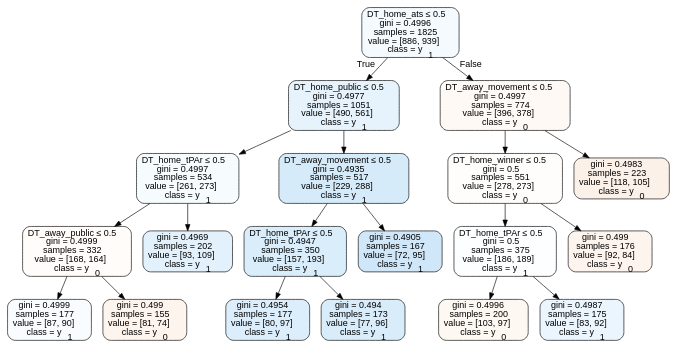
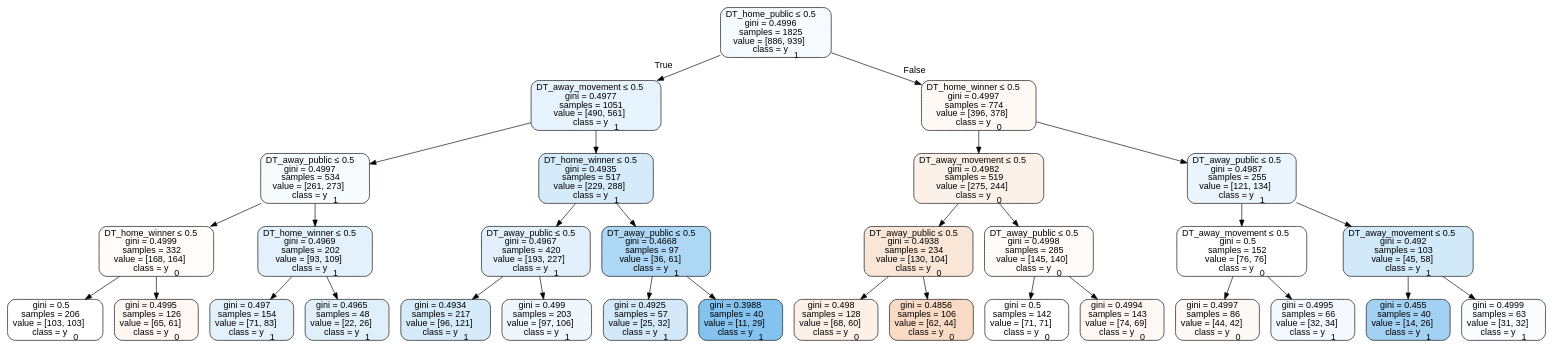
One commit to usbogie/ncaa-bets changed the diagram in tree_data/tree2015neutral.dot. Above: the diagram before and after it, drawn with Graphviz. The commit also changed 26 other files, not shown here.

```diff
--- a/tree_data/tree2015neutral.dot
+++ b/tree_data/tree2015neutral.dot
@@ -1,41 +1,65 @@
 digraph Tree {
 node [shape=box, style="filled, rounded", color="black", fontname=helvetica] ;
 edge [fontname=helvetica] ;
-0 [label=<DT_home_ats &le; 0.5<br/>gini = 0.4996<br/>samples = 1825<br/>value = [886, 939]<br/>class = y<SUB>1</SUB>>, fillcolor="#399de50e"] ;
-1 [label=<DT_home_public &le; 0.5<br/>gini = 0.4977<br/>samples = 1051<br/>value = [490, 561]<br/>class = y<SUB>1</SUB>>, fillcolor="#399de520"] ;
+0 [label=<DT_home_public &le; 0.5<br/>gini = 0.4996<br/>samples = 1825<br/>value = [886, 939]<br/>class = y<SUB>1</SUB>>, fillcolor="#399de50e"] ;
+1 [label=<DT_away_movement &le; 0.5<br/>gini = 0.4977<br/>samples = 1051<br/>value = [490, 561]<br/>class = y<SUB>1</SUB>>, fillcolor="#399de520"] ;
 0 -> 1 [labeldistance=2.5, labelangle=45, headlabel="True"] ;
-2 [label=<DT_home_tPAr &le; 0.5<br/>gini = 0.4997<br/>samples = 534<br/>value = [261, 273]<br/>class = y<SUB>1</SUB>>, fillcolor="#399de50b"] ;
+2 [label=<DT_away_public &le; 0.5<br/>gini = 0.4997<br/>samples = 534<br/>value = [261, 273]<br/>class = y<SUB>1</SUB>>, fillcolor="#399de50b"] ;
 1 -> 2 ;
-3 [label=<DT_away_public &le; 0.5<br/>gini = 0.4999<br/>samples = 332<br/>value = [168, 164]<br/>class = y<SUB>0</SUB>>, fillcolor="#e5813906"] ;
+3 [label=<DT_home_winner &le; 0.5<br/>gini = 0.4999<br/>samples = 332<br/>value = [168, 164]<br/>class = y<SUB>0</SUB>>, fillcolor="#e5813906"] ;
 2 -> 3 ;
-4 [label=<gini = 0.4999<br/>samples = 177<br/>value = [87, 90]<br/>class = y<SUB>1</SUB>>, fillcolor="#399de508"] ;
+4 [label=<gini = 0.5<br/>samples = 206<br/>value = [103, 103]<br/>class = y<SUB>0</SUB>>, fillcolor="#e5813900"] ;
 3 -> 4 ;
-5 [label=<gini = 0.499<br/>samples = 155<br/>value = [81, 74]<br/>class = y<SUB>0</SUB>>, fillcolor="#e5813916"] ;
+5 [label=<gini = 0.4995<br/>samples = 126<br/>value = [65, 61]<br/>class = y<SUB>0</SUB>>, fillcolor="#e5813910"] ;
 3 -> 5 ;
-6 [label=<gini = 0.4969<br/>samples = 202<br/>value = [93, 109]<br/>class = y<SUB>1</SUB>>, fillcolor="#399de525"] ;
+6 [label=<DT_home_winner &le; 0.5<br/>gini = 0.4969<br/>samples = 202<br/>value = [93, 109]<br/>class = y<SUB>1</SUB>>, fillcolor="#399de525"] ;
 2 -> 6 ;
-7 [label=<DT_away_movement &le; 0.5<br/>gini = 0.4935<br/>samples = 517<br/>value = [229, 288]<br/>class = y<SUB>1</SUB>>, fillcolor="#399de534"] ;
-1 -> 7 ;
-8 [label=<DT_home_tPAr &le; 0.5<br/>gini = 0.4947<br/>samples = 350<br/>value = [157, 193]<br/>class = y<SUB>1</SUB>>, fillcolor="#399de530"] ;
-7 -> 8 ;
-9 [label=<gini = 0.4954<br/>samples = 177<br/>value = [80, 97]<br/>class = y<SUB>1</SUB>>, fillcolor="#399de52d"] ;
-8 -> 9 ;
-10 [label=<gini = 0.494<br/>samples = 173<br/>value = [77, 96]<br/>class = y<SUB>1</SUB>>, fillcolor="#399de532"] ;
-8 -> 10 ;
-11 [label=<gini = 0.4905<br/>samples = 167<br/>value = [72, 95]<br/>class = y<SUB>1</SUB>>, fillcolor="#399de53e"] ;
-7 -> 11 ;
-12 [label=<DT_away_movement &le; 0.5<br/>gini = 0.4997<br/>samples = 774<br/>value = [396, 378]<br/>class = y<SUB>0</SUB>>, fillcolor="#e581390c"] ;
-0 -> 12 [labeldistance=2.5, labelangle=-45, headlabel="False"] ;
-13 [label=<DT_home_winner &le; 0.5<br/>gini = 0.5<br/>samples = 551<br/>value = [278, 273]<br/>class = y<SUB>0</SUB>>, fillcolor="#e5813905"] ;
-12 -> 13 ;
-14 [label=<DT_home_tPAr &le; 0.5<br/>gini = 0.5<br/>samples = 375<br/>value = [186, 189]<br/>class = y<SUB>1</SUB>>, fillcolor="#399de504"] ;
+7 [label=<gini = 0.497<br/>samples = 154<br/>value = [71, 83]<br/>class = y<SUB>1</SUB>>, fillcolor="#399de525"] ;
+6 -> 7 ;
+8 [label=<gini = 0.4965<br/>samples = 48<br/>value = [22, 26]<br/>class = y<SUB>1</SUB>>, fillcolor="#399de527"] ;
+6 -> 8 ;
+9 [label=<DT_home_winner &le; 0.5<br/>gini = 0.4935<br/>samples = 517<br/>value = [229, 288]<br/>class = y<SUB>1</SUB>>, fillcolor="#399de534"] ;
+1 -> 9 ;
+10 [label=<DT_away_public &le; 0.5<br/>gini = 0.4967<br/>samples = 420<br/>value = [193, 227]<br/>class = y<SUB>1</SUB>>, fillcolor="#399de526"] ;
+9 -> 10 ;
+11 [label=<gini = 0.4934<br/>samples = 217<br/>value = [96, 121]<br/>class = y<SUB>1</SUB>>, fillcolor="#399de535"] ;
+10 -> 11 ;
+12 [label=<gini = 0.499<br/>samples = 203<br/>value = [97, 106]<br/>class = y<SUB>1</SUB>>, fillcolor="#399de516"] ;
+10 -> 12 ;
+13 [label=<DT_away_public &le; 0.5<br/>gini = 0.4668<br/>samples = 97<br/>value = [36, 61]<br/>class = y<SUB>1</SUB>>, fillcolor="#399de569"] ;
+9 -> 13 ;
+14 [label=<gini = 0.4925<br/>samples = 57<br/>value = [25, 32]<br/>class = y<SUB>1</SUB>>, fillcolor="#399de538"] ;
 13 -> 14 ;
-15 [label=<gini = 0.4996<br/>samples = 200<br/>value = [103, 97]<br/>class = y<SUB>0</SUB>>, fillcolor="#e581390f"] ;
-14 -> 15 ;
-16 [label=<gini = 0.4987<br/>samples = 175<br/>value = [83, 92]<br/>class = y<SUB>1</SUB>>, fillcolor="#399de519"] ;
-14 -> 16 ;
-17 [label=<gini = 0.499<br/>samples = 176<br/>value = [92, 84]<br/>class = y<SUB>0</SUB>>, fillcolor="#e5813916"] ;
-13 -> 17 ;
-18 [label=<gini = 0.4983<br/>samples = 223<br/>value = [118, 105]<br/>class = y<SUB>0</SUB>>, fillcolor="#e581391c"] ;
-12 -> 18 ;
+15 [label=<gini = 0.3988<br/>samples = 40<br/>value = [11, 29]<br/>class = y<SUB>1</SUB>>, fillcolor="#399de59e"] ;
+13 -> 15 ;
+16 [label=<DT_home_winner &le; 0.5<br/>gini = 0.4997<br/>samples = 774<br/>value = [396, 378]<br/>class = y<SUB>0</SUB>>, fillcolor="#e581390c"] ;
+0 -> 16 [labeldistance=2.5, labelangle=-45, headlabel="False"] ;
+17 [label=<DT_away_movement &le; 0.5<br/>gini = 0.4982<br/>samples = 519<br/>value = [275, 244]<br/>class = y<SUB>0</SUB>>, fillcolor="#e581391d"] ;
+16 -> 17 ;
+18 [label=<DT_away_public &le; 0.5<br/>gini = 0.4938<br/>samples = 234<br/>value = [130, 104]<br/>class = y<SUB>0</SUB>>, fillcolor="#e5813933"] ;
+17 -> 18 ;
+19 [label=<gini = 0.498<br/>samples = 128<br/>value = [68, 60]<br/>class = y<SUB>0</SUB>>, fillcolor="#e581391e"] ;
+18 -> 19 ;
+20 [label=<gini = 0.4856<br/>samples = 106<br/>value = [62, 44]<br/>class = y<SUB>0</SUB>>, fillcolor="#e581394a"] ;
+18 -> 20 ;
+21 [label=<DT_away_public &le; 0.5<br/>gini = 0.4998<br/>samples = 285<br/>value = [145, 140]<br/>class = y<SUB>0</SUB>>, fillcolor="#e5813909"] ;
+17 -> 21 ;
+22 [label=<gini = 0.5<br/>samples = 142<br/>value = [71, 71]<br/>class = y<SUB>0</SUB>>, fillcolor="#e5813900"] ;
+21 -> 22 ;
+23 [label=<gini = 0.4994<br/>samples = 143<br/>value = [74, 69]<br/>class = y<SUB>0</SUB>>, fillcolor="#e5813911"] ;
+21 -> 23 ;
+24 [label=<DT_away_public &le; 0.5<br/>gini = 0.4987<br/>samples = 255<br/>value = [121, 134]<br/>class = y<SUB>1</SUB>>, fillcolor="#399de519"] ;
+16 -> 24 ;
+25 [label=<DT_away_movement &le; 0.5<br/>gini = 0.5<br/>samples = 152<br/>value = [76, 76]<br/>class = y<SUB>0</SUB>>, fillcolor="#e5813900"] ;
+24 -> 25 ;
+26 [label=<gini = 0.4997<br/>samples = 86<br/>value = [44, 42]<br/>class = y<SUB>0</SUB>>, fillcolor="#e581390c"] ;
+25 -> 26 ;
+27 [label=<gini = 0.4995<br/>samples = 66<br/>value = [32, 34]<br/>class = y<SUB>1</SUB>>, fillcolor="#399de50f"] ;
+25 -> 27 ;
+28 [label=<DT_away_movement &le; 0.5<br/>gini = 0.492<br/>samples = 103<br/>value = [45, 58]<br/>class = y<SUB>1</SUB>>, fillcolor="#399de539"] ;
+24 -> 28 ;
+29 [label=<gini = 0.455<br/>samples = 40<br/>value = [14, 26]<br/>class = y<SUB>1</SUB>>, fillcolor="#399de576"] ;
+28 -> 29 ;
+30 [label=<gini = 0.4999<br/>samples = 63<br/>value = [31, 32]<br/>class = y<SUB>1</SUB>>, fillcolor="#399de508"] ;
+28 -> 30 ;
 }
```
